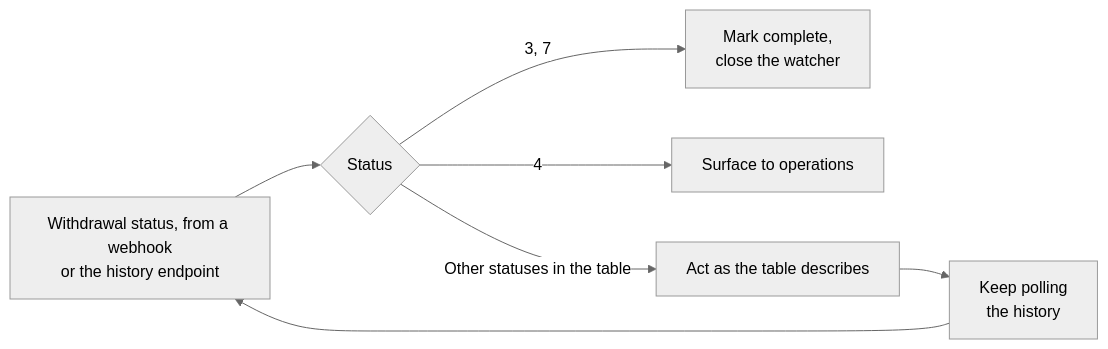
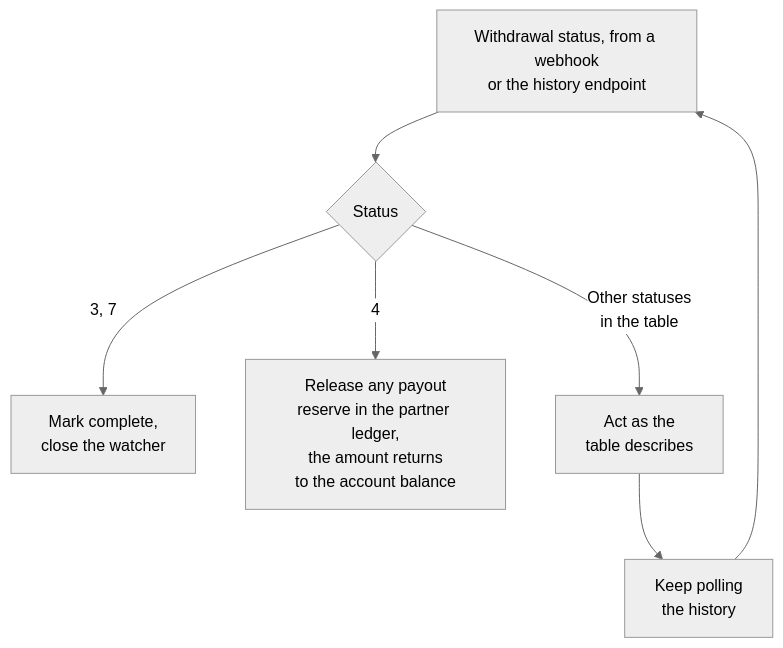
Before and after one commit to whitebit-exchange/docs: the seventh of 10 diagrams in guides/payment-integration.mdx, drawn with Mermaid (neutral theme). The commit also changed other lines of this file and 7 other files, not shown here.

Commit message:
fix(guide): align withdrawal status actions and fix drifted diagrams

````diff
--- a/guides/payment-integration.mdx
+++ b/guides/payment-integration.mdx
@@ -610,9 +610,9 @@
 ```mermaid
-flowchart LR
+flowchart TD
     Start["Withdrawal status, from a webhook<br/>or the history endpoint"] --> Status{"Status"}
     Status -->|"3, 7"| Done["Mark complete,<br/>close the watcher"]
-    Status -->|"4"| Ops["Surface to operations"]
-    Status -->|"Other statuses in the table"| Act["Act as the table describes"]
+    Status -->|"4"| Release["Release any payout<br/>reserve in the partner ledger,<br/>the amount returns<br/>to the account balance"]
+    Status -->|"Other statuses<br/>in the table"| Act["Act as the<br/>table describes"]
     Act --> Poll["Keep polling<br/>the history"]
     Poll --> Start
 ```
````
